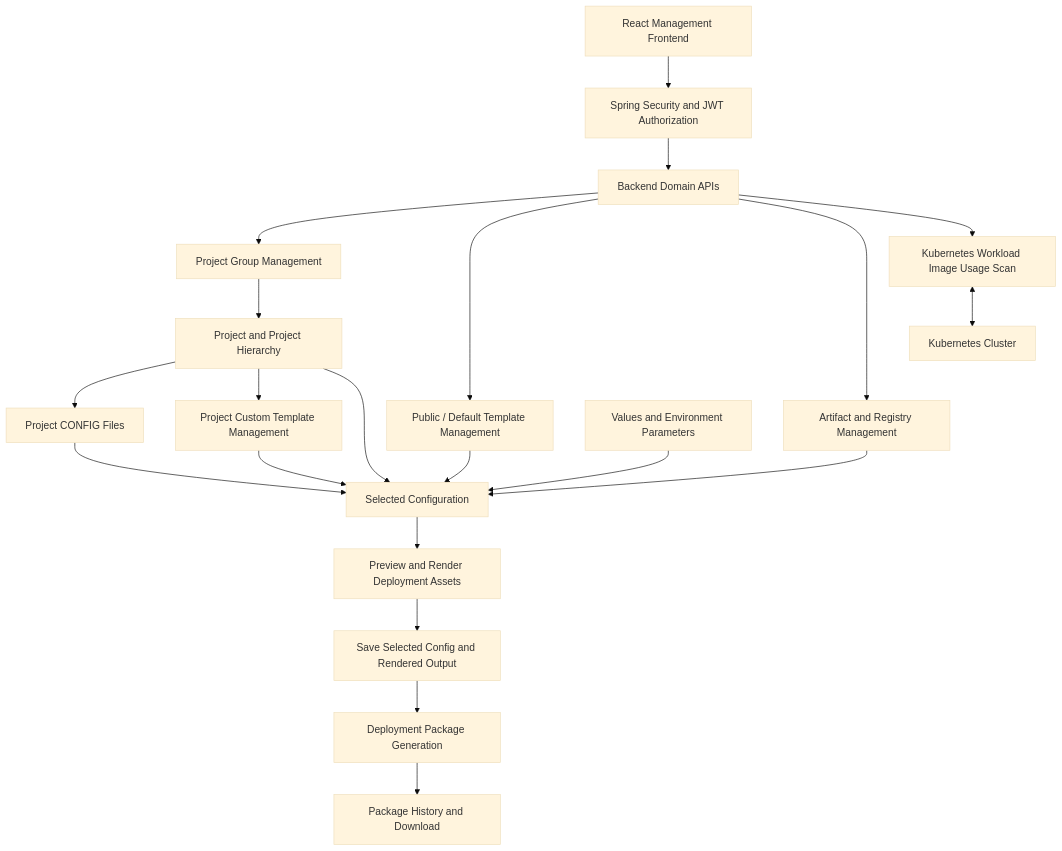
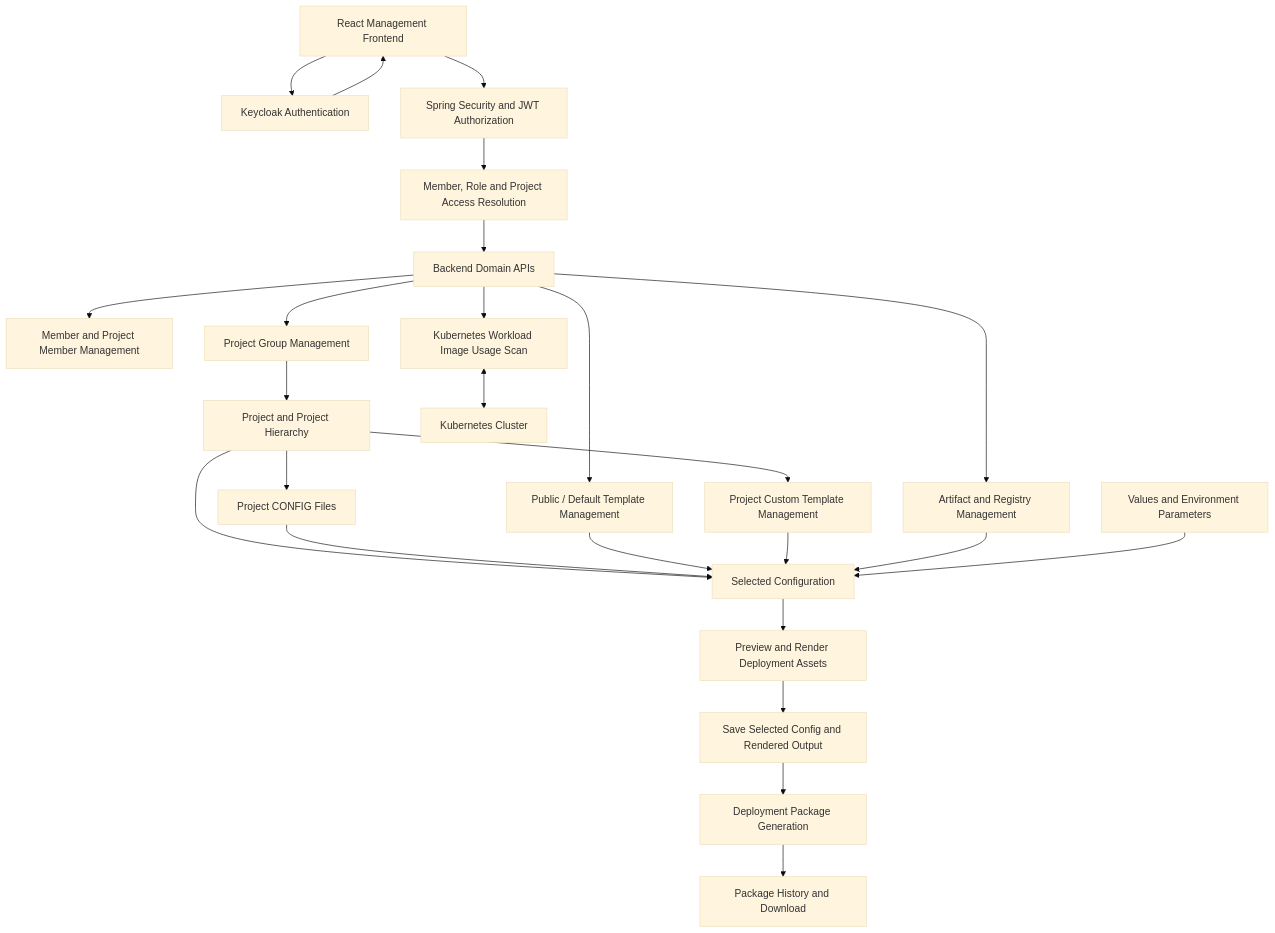
One commit to Tsonrat/software-engineer-journey changed the first of 13 diagrams in project/k8s_cicd_Platform/Backend.md. Above: the diagram before and after it, drawn with Mermaid (base theme). The commit also changed other lines of this file, not shown here.

````diff
--- a/project/k8s_cicd_Platform/Backend.md
+++ b/project/k8s_cicd_Platform/Backend.md
@@ -86,28 +89,32 @@
 ```mermaid
 flowchart TD
-    A["React Management Frontend"] --> B["Spring Security and JWT Authorization"]
-    B --> C["Backend Domain APIs"]
+    A["React Management Frontend"] --> K["Keycloak Authentication"]
+    K --> A
+    A --> B["Spring Security and JWT Authorization"]
+    B --> R["Member, Role and Project Access Resolution"]
+    R --> C["Backend Domain APIs"]
 
+    C --> S["Member and Project Member Management"]
     C --> D["Project Group Management"]
     D --> E["Project and Project Hierarchy"]
     E --> F["Project CONFIG Files"]
     E --> H["Project Custom Template Management"]
 
     C --> G["Public / Default Template Management"]
     C --> I["Artifact and Registry Management"]
 
     E --> J["Selected Configuration"]
     F --> J
     G --> J
     H --> J
     I --> J
-    K["Values and Environment Parameters"] --> J
+    V["Values and Environment Parameters"] --> J
 
     J --> L["Preview and Render Deployment Assets"]
     L --> M["Save Selected Config and Rendered Output"]
     M --> N["Deployment Package Generation"]
     N --> O["Package History and Download"]
 
     C --> P["Kubernetes Workload Image Usage Scan"]
     P <--> Q["Kubernetes Cluster"]
 ```
````
